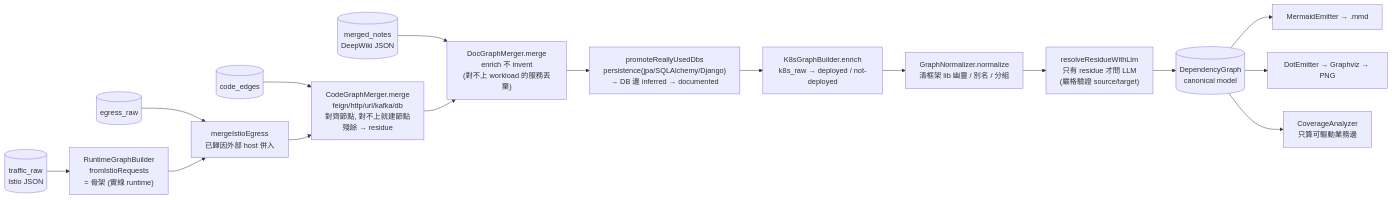
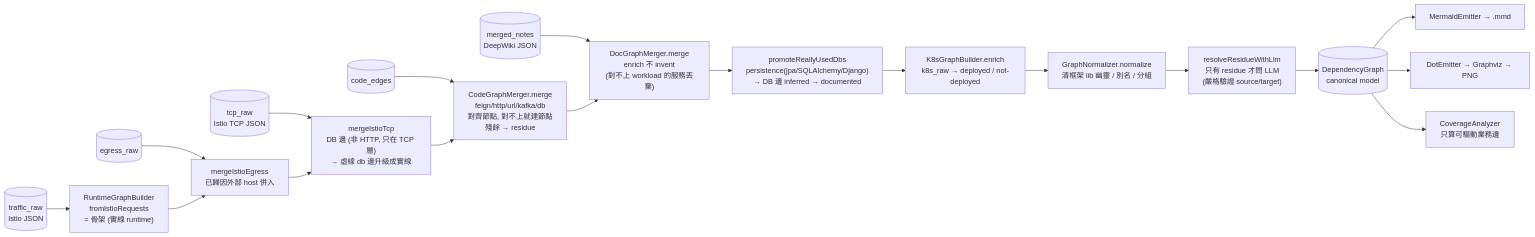
Before and after one commit to ANYuu531/ChatOps4Msa-Pipeline: the second of 2 diagrams in docs/dependency-analysis-flow.md, drawn with Mermaid. The commit also changed other lines of this file and 11 other files, not shown here.

````diff
--- a/docs/dependency-analysis-flow.md
+++ b/docs/dependency-analysis-flow.md
@@ -74,19 +75,21 @@
 ```mermaid
 flowchart LR
     TR[("traffic_raw<br/>Istio JSON")] --> RB["RuntimeGraphBuilder<br/>fromIstioRequests<br/>= 骨架 (實線 runtime)"]
     ER[("egress_raw")] --> RB2["mergeIstioEgress<br/>已歸因外部 host 併入"]
     RB --> RB2
+    TCP[("tcp_raw<br/>Istio TCP JSON")] --> RB3["mergeIstioTcp<br/>DB 邊 (非 HTTP, 只在 TCP 層)<br/>→ 虛線 db 邊升級成實線"]
+    RB2 --> RB3
     CE[("code_edges")] --> CM["CodeGraphMerger.merge<br/>feign/http/url/kafka/db<br/>對齊節點, 對不上就建節點<br/>殘餘 → residue"]
-    RB2 --> CM
+    RB3 --> CM
     MN[("merged_notes<br/>DeepWiki JSON")] --> DM["DocGraphMerger.merge<br/>enrich 不 invent<br/>(對不上 workload 的服務丟棄)"]
     CM --> DM
     DM --> PR["promoteReallyUsedDbs<br/>persistence(jpa/SQLAlchemy/Django)<br/>→ DB 邊 inferred → documented"]
     PR --> KE["K8sGraphBuilder.enrich<br/>k8s_raw → deployed / not-deployed"]
     KE --> GN["GraphNormalizer.normalize<br/>清框架 lib 幽靈 / 別名 / 分組"]
     GN --> RES["resolveResidueWithLlm<br/>只有 residue 才問 LLM<br/>(嚴格驗證 source/target)"]
     RES --> G[("DependencyGraph<br/>canonical model")]
 
     G --> ME["MermaidEmitter → .mmd"]
     G --> DE["DotEmitter → Graphviz → PNG"]
     G --> CA["CoverageAnalyzer<br/>只算可驅動業務邊"]
 ```
````
